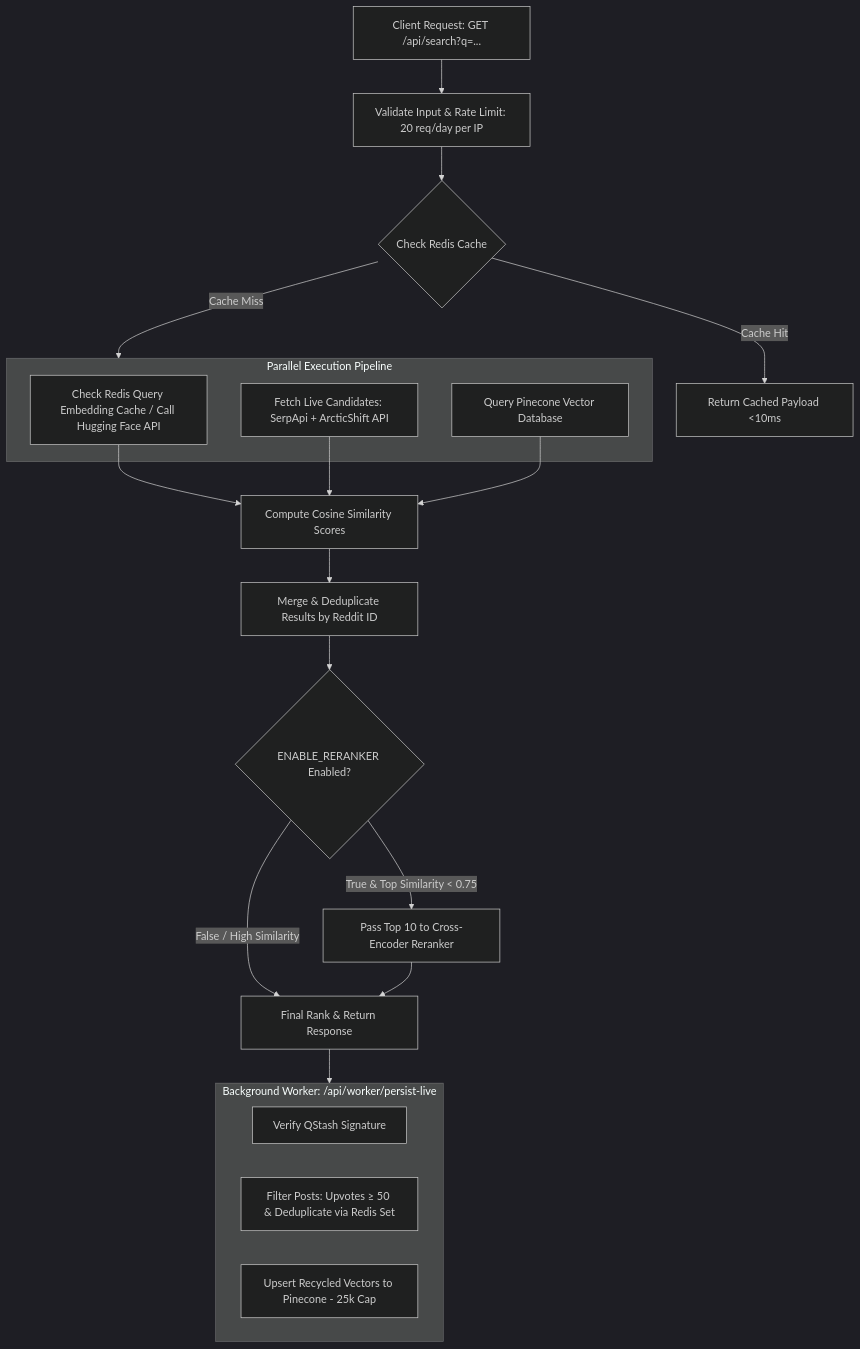
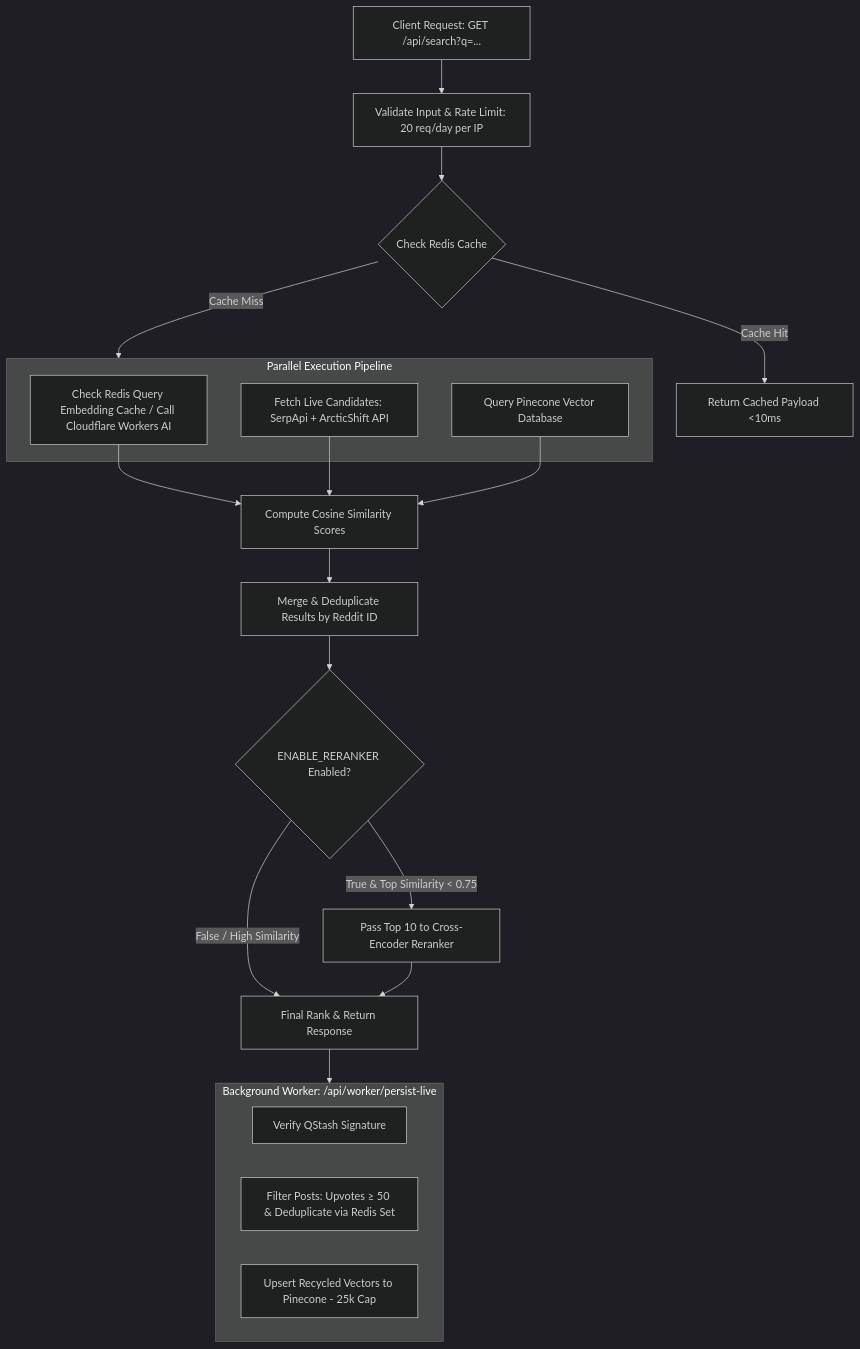
Before and after one commit to VaishnavAmbilpur/semantic-reddit-search: the diagram in README.md, drawn with Mermaid (dark theme). The commit also changed other lines of this file, not shown here.

Commit message:
docs: update README to reflect Cloudflare Workers AI as primary embedding provider

````diff
--- a/README.md
+++ b/README.md
@@ -23,31 +23,31 @@
 ```mermaid
 flowchart TD
     A[Client Request: GET /api/search?q=...] --> B[Validate Input & Rate Limit: 20 req/day per IP]
     B --> C{Check Redis Cache}
     C -->|Cache Hit| D[Return Cached Payload <10ms]
     C -->|Cache Miss| E[Parallel Execution Pipeline]
 
     subgraph E [Parallel Execution Pipeline]
-        E1[Check Redis Query Embedding Cache / Call Hugging Face API]
+        E1[Check Redis Query Embedding Cache / Call Cloudflare Workers AI]
         E2[Fetch Live Candidates: SerpApi + ArcticShift API]
         E3[Query Pinecone Vector Database]
     end
 
     E1 --> F[Compute Cosine Similarity Scores]
     E2 --> F
     E3 --> F
 
     F --> G[Merge & Deduplicate Results by Reddit ID]
     G --> H{ENABLE_RERANKER Enabled?}
     H -->|True & Top Similarity < 0.75| I[Pass Top 10 to Cross-Encoder Reranker]
     H -->|False / High Similarity| J[Final Rank & Return Response]
     I --> J
 
     J --> K[Async QStash Background Trigger]
 
     subgraph K [Background Worker: /api/worker/persist-live]
         K1[Verify QStash Signature]
         K2[Filter Posts: Upvotes ≥ 50 & Deduplicate via Redis Set]
         K3[Upsert Recycled Vectors to Pinecone - 25k Cap]
     end
 ```
````
